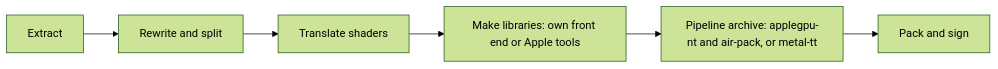
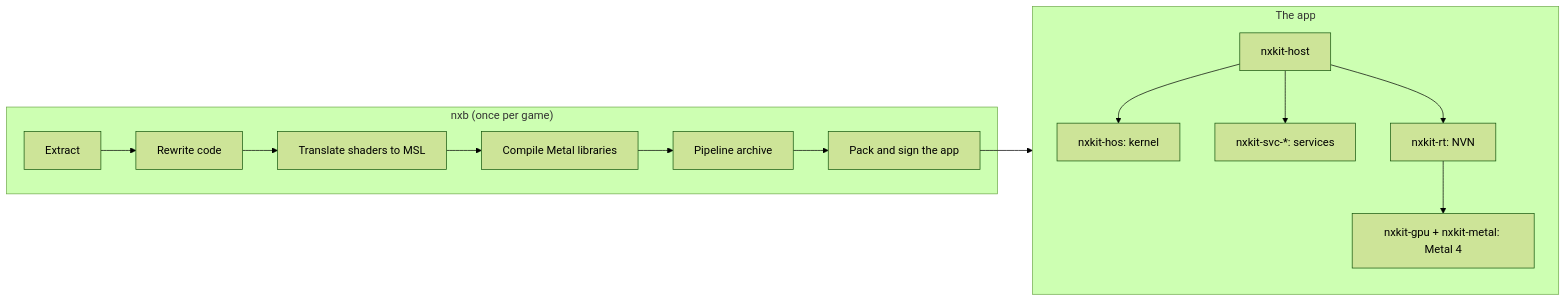
One commit to b4f8abbb24dbf56a7d0280f296e16eeb/nxkit changed the diagram in README.md. Above: the diagram before and after it, drawn with Mermaid (forest theme). The commit also changed other lines of this file and 15 other files, not shown here.

````diff
--- a/README.md
+++ b/README.md
@@ -285,8 +27,17 @@
 ```mermaid
 flowchart LR
-  A["Extract"] --> B["Rewrite and split"]
-  B --> C["Translate shaders"]
-  C --> D["Make libraries: own front end or Apple tools"]
-  D --> G["Pipeline archive: applegpu-nt and air-pack, or metal-tt"]
-  G --> H["Pack and sign"]
+  subgraph build["nxb (once per game)"]
+    A["Extract"] --> B["Rewrite code"]
+    B --> C["Translate shaders to MSL"]
+    C --> D["Compile Metal libraries"]
+    D --> E["Pipeline archive"]
+    E --> F["Pack and sign the app"]
+  end
+  subgraph app["The app"]
+    H["nxkit-host"] --> K["nxkit-hos: kernel"]
+    H --> S["nxkit-svc-*: services"]
+    H --> R["nxkit-rt: NVN"]
+    R --> G["nxkit-gpu + nxkit-metal: Metal 4"]
+  end
+  F --> app
 ```
````
